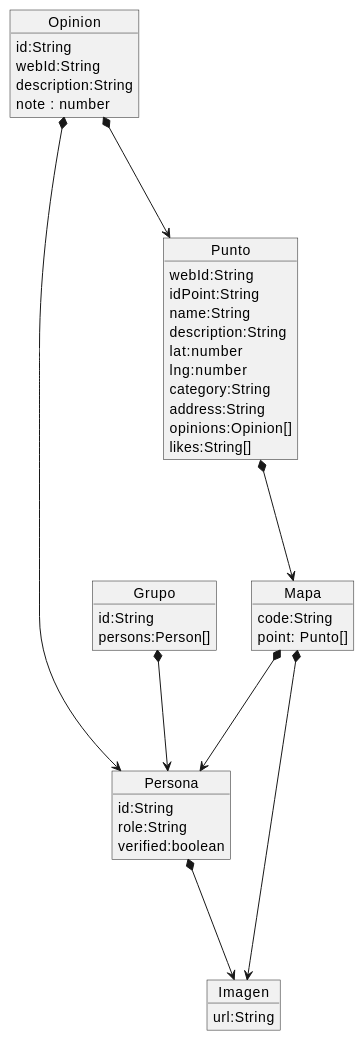
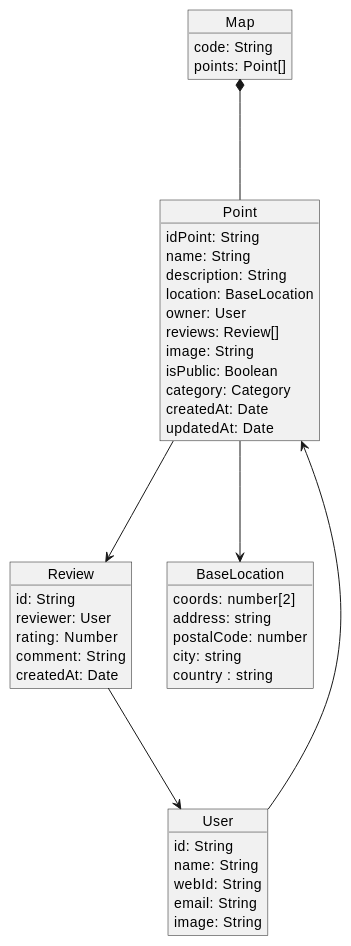
The diagram in docs/08_concepts.adoc (Arquisoft/lomap_es5a), drawn with PlantUML before and after one commit.

```diff
--- a/docs/08_concepts.adoc
+++ b/docs/08_concepts.adoc
@@ -7,50 +7,54 @@
 [plantuml, "ModeloDeDominio", png]
 ----
 
-object Persona{
-    id:String
-    role:String
-    verified:boolean
-}
-object Grupo{
-    id:String
-    persons:Person[]
+
+object Point{
+    idPoint: String
+    name: String
+    description: String
+    location: BaseLocation
+    owner: User
+    reviews: Review[]
+    image: String
+    isPublic: Boolean
+    category: Category
+    createdAt: Date
+    updatedAt: Date
 }
 
-object Punto{
-    webId:String 
-    idPoint:String
-    name:String
-    description:String
-    lat:number 
-    lng:number 
-    category:String
-    address:String
-    opinions:Opinion[]
-    likes:String[]
+object Map{
+    code: String
+    points: Point[]
 }
 
-object Mapa{
-    code:String
-    point: Punto[]
+object Review{
+    id: String
+    reviewer: User
+    rating: Number
+    comment: String
+    createdAt: Date
 }
 
-object Opinion{
-    id:String
-    webId:String 
-    description:String
-    note : number 
+object User{
+    id: String
+    name: String
+    webId: String
+    email: String
+    image: String
 }
 
-object Imagen{
-    url:String
+object BaseLocation{
+    coords: number[2]
+    address: string
+    postalCode: number
+    city: string
+    country : string
 }
 
-Opinion *--->Persona
-Opinion *--->Punto
-Punto *--->Mapa
-Mapa *--->Persona
-Grupo *---> Persona
-Persona *--->Imagen
-Mapa *--->Imagen
+Map*---Point
+Point--->Review
+User--->Point
+Review--->User
+Point--->BaseLocation
+
 ----
```
